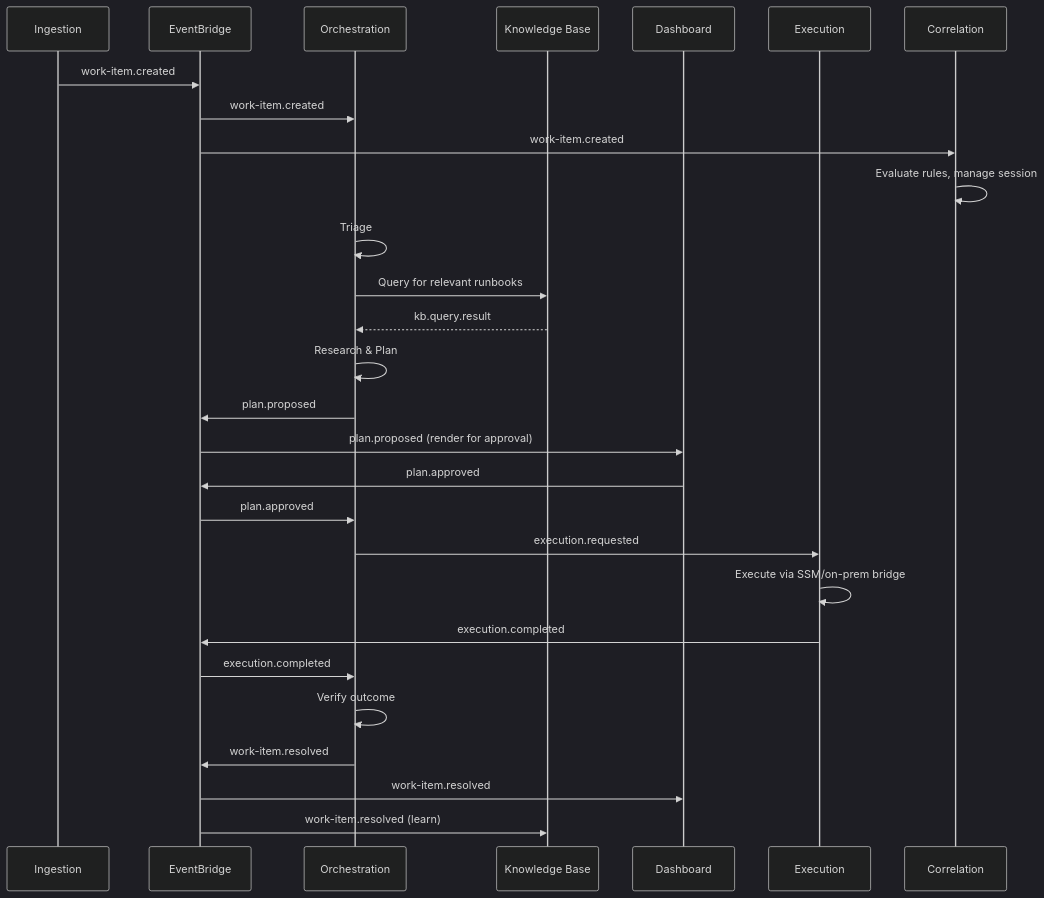
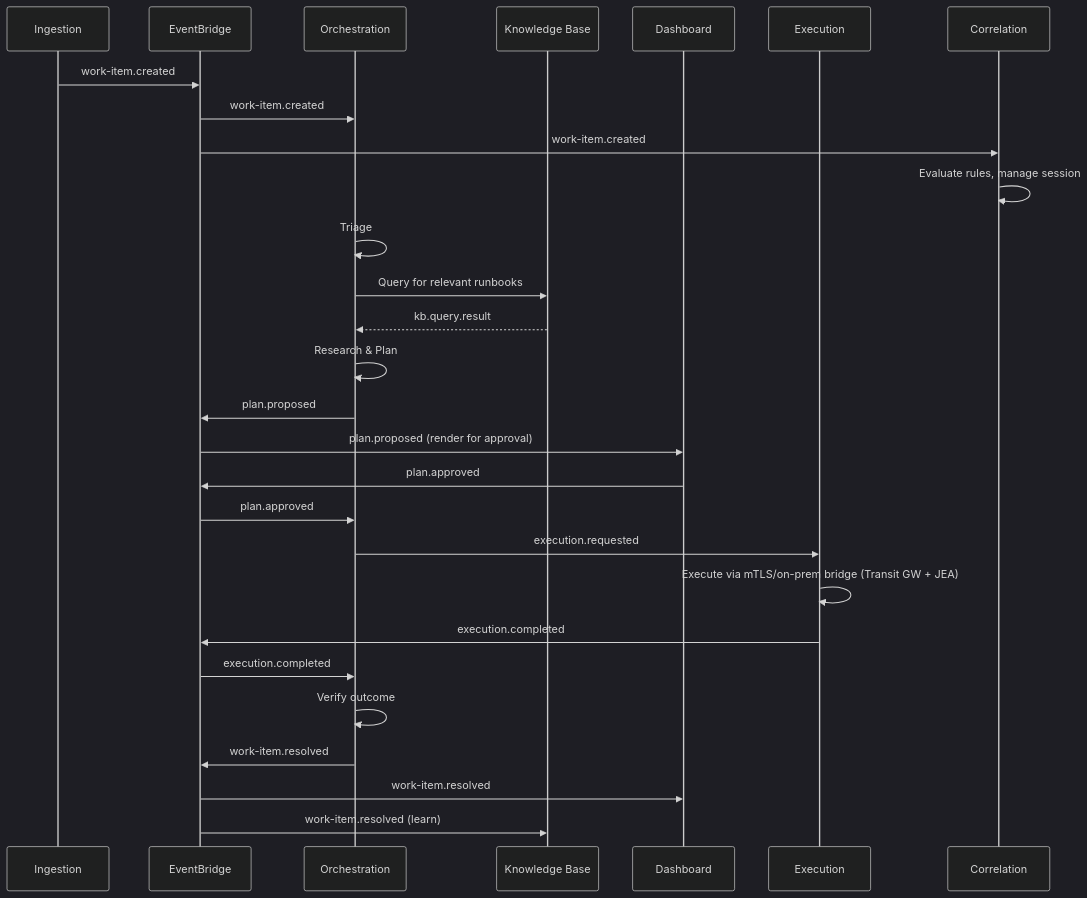
The second of 3 diagrams in docs/architecture/context-map.md (mrogers1-dot/ODOT-AWS-ForgeAdmin), drawn with Mermaid (dark theme) before and after one commit. The commit also changed other lines of this file and 7 other files, not shown here.

````diff
--- a/docs/architecture/context-map.md
+++ b/docs/architecture/context-map.md
@@ -47,31 +47,31 @@
 ```mermaid
 sequenceDiagram
     participant ING as Ingestion
     participant EB as EventBridge
     participant ORCH as Orchestration
     participant KB as Knowledge Base
     participant DASH as Dashboard
     participant EXEC as Execution
     participant CORR as Correlation
 
     ING->>EB: work-item.created
     EB->>ORCH: work-item.created
     EB->>CORR: work-item.created
     CORR->>CORR: Evaluate rules, manage session
     ORCH->>ORCH: Triage
     ORCH->>KB: Query for relevant runbooks
     KB-->>ORCH: kb.query.result
     ORCH->>ORCH: Research & Plan
     ORCH->>EB: plan.proposed
     EB->>DASH: plan.proposed (render for approval)
     DASH->>EB: plan.approved
     EB->>ORCH: plan.approved
     ORCH->>EXEC: execution.requested
-    EXEC->>EXEC: Execute via SSM/on-prem bridge
+    EXEC->>EXEC: Execute via mTLS/on-prem bridge (Transit GW + JEA)
     EXEC->>EB: execution.completed
     EB->>ORCH: execution.completed
     ORCH->>ORCH: Verify outcome
     ORCH->>EB: work-item.resolved
     EB->>DASH: work-item.resolved
     EB->>KB: work-item.resolved (learn)
 ```
````
